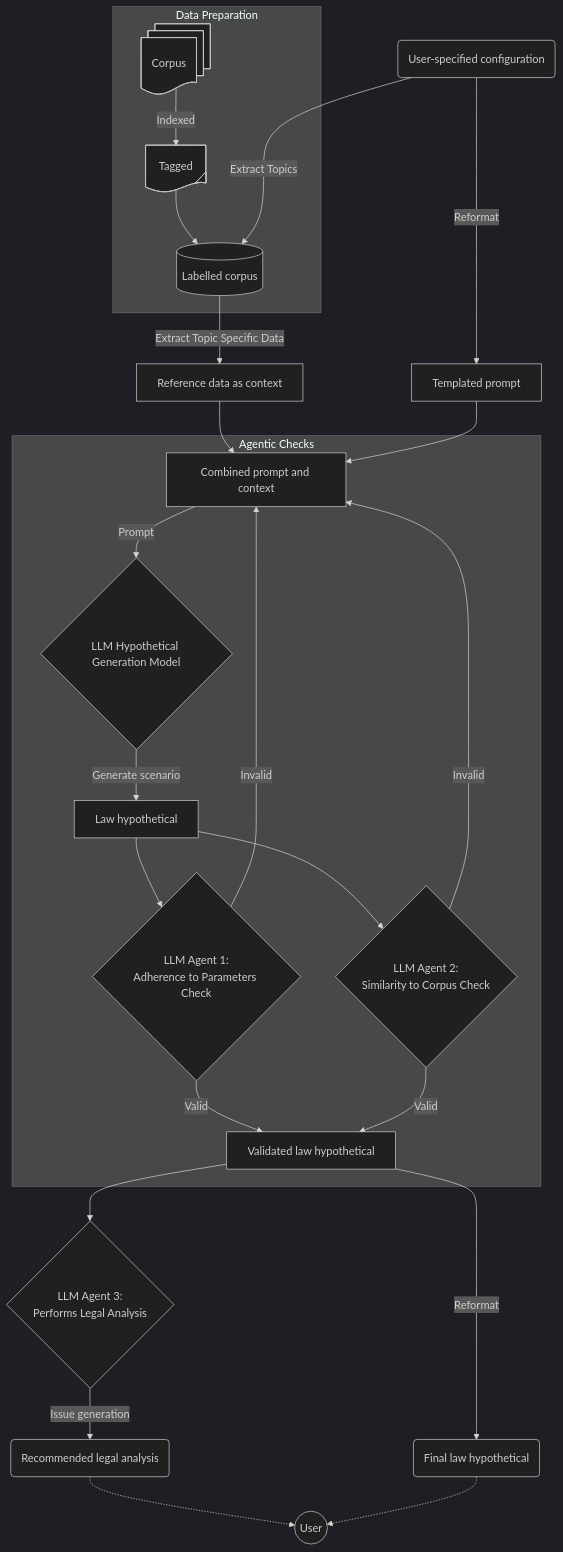
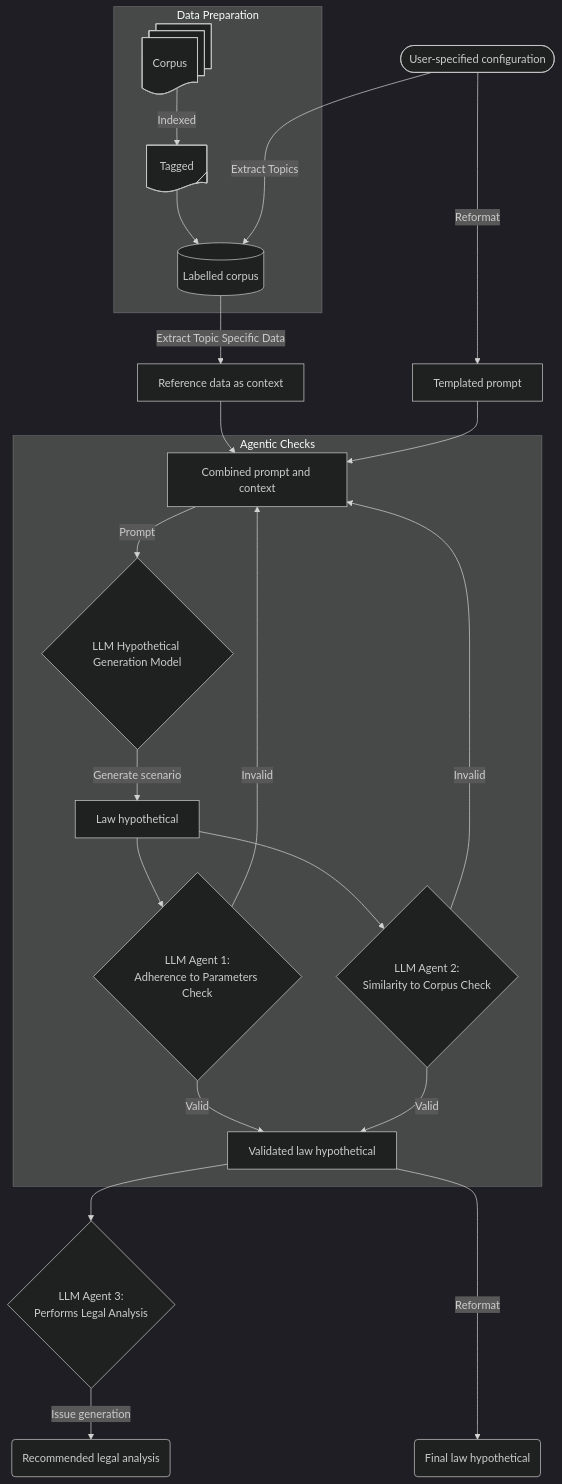
The diagram in README.md (gongahkia/jikai), drawn with Mermaid (dark theme) before and after one commit.

Commit message:
removed user entity

````diff
--- a/README.md
+++ b/README.md
@@ -9,29 +9,25 @@
 ```mermaid
 graph TD
     subgraph "Data Preparation"
         Corpus@{ shape: docs } -->|Indexed| Tagged@{ shape: tag-doc }
         Tagged --> A
     end
     A[(Labelled corpus)] -->|Extract Topic Specific Data|B
-    Y(User-specified configuration) --->|Extract Topics|A
+    Y([User-specified configuration]) --->|Extract Topics|A
     B[Reference data as context] --> M
     Y -->|Reformat| U
     U[Templated prompt] --> M[Combined prompt and context]
     subgraph "Agentic Checks"
         M -->|Prompt| C{LLM Hypothetical Generation Model}
         C -->|Generate scenario| X[Law hypothetical]
         X --> D{LLM Agent 1:<br>Adherence to Parameters Check}
         X --> E{LLM Agent 2:<br>Similarity to Corpus Check}
         D -->|Valid| W[Validated law hypothetical]
         E -->|Valid| W
     end
-    
     W --> F{LLM Agent 3:<br>Performs Legal Analysis}
     W --->|Reformat| V(Final law hypothetical)
     D -->|Invalid| M
     E -->|Invalid| M
     F -->|Issue generation| G(Recommended legal analysis)
-    G -.-> K((User))
-    V -.-> K((User))
-    
 ```
````
